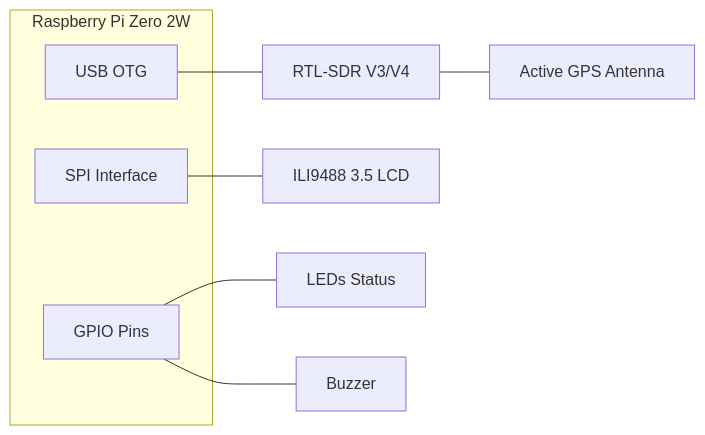
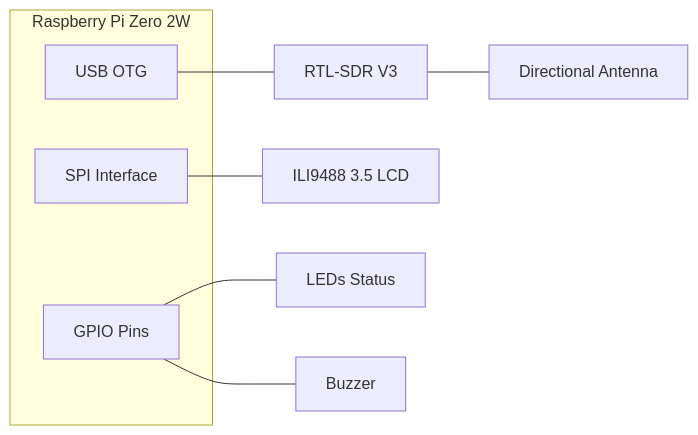
The third of 3 diagrams in README.md (67010655/Jamming-Detector-Handheld), drawn with Mermaid before and after one commit.

Commit message:
add more information in README.md

````diff
--- a/README.md
+++ b/README.md
@@ -54,14 +54,14 @@
 ```mermaid
 graph LR
     subgraph "Raspberry Pi Zero 2W"
         GPIO[GPIO Pins]
         SPI[SPI Interface]
         USB[USB OTG]
     end
     
-    USB --- SDR[RTL-SDR V3/V4]
+    USB --- SDR[RTL-SDR V3]
     SPI --- LCD[ILI9488 3.5 LCD]
     GPIO --- LED[LEDs Status]
     GPIO --- BUZ[Buzzer]
-    SDR --- ANT[Active GPS Antenna]
+    SDR --- ANT[Directional Antenna]
 ```
````
